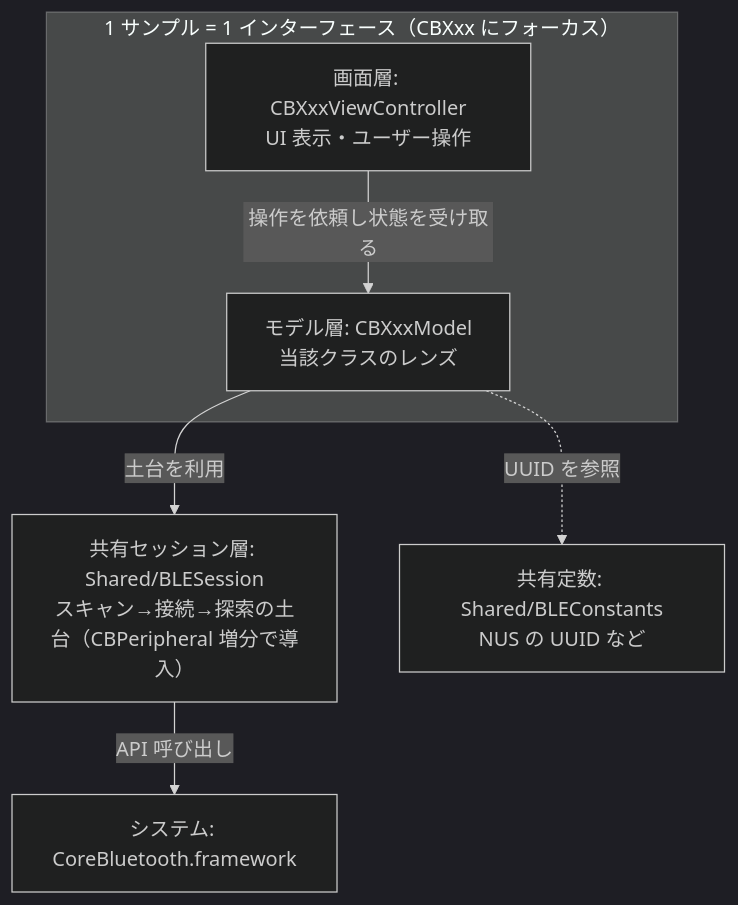
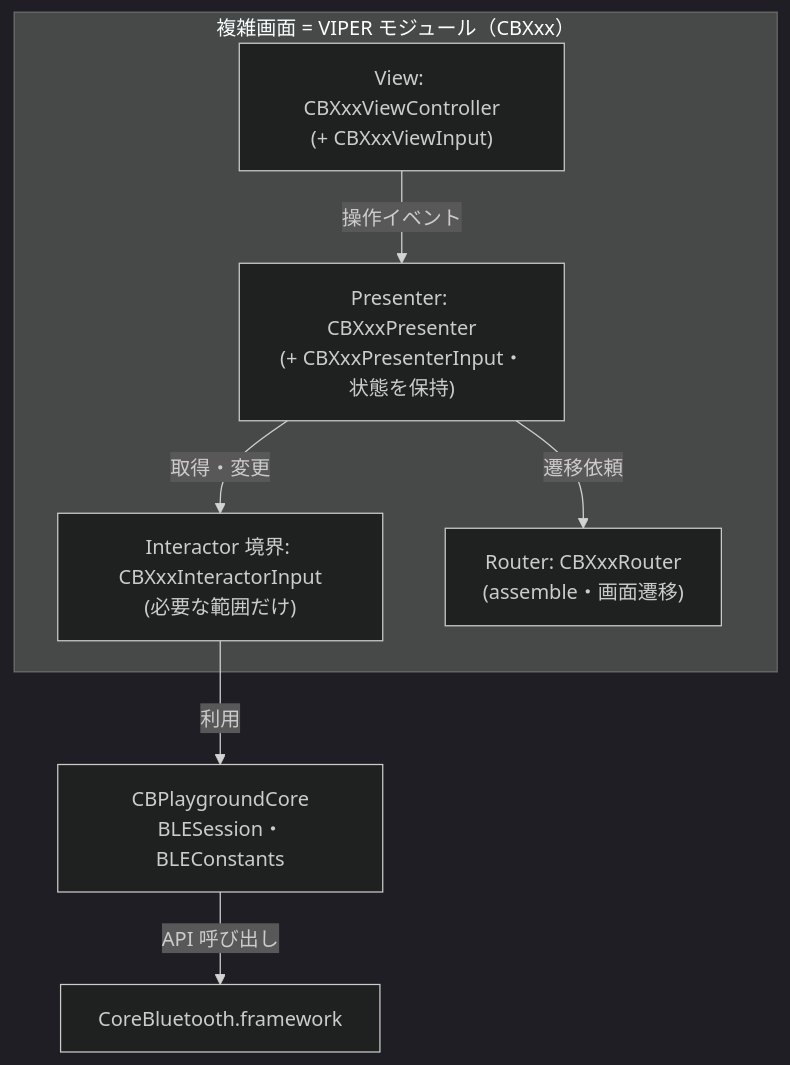
The third of 10 diagrams in docs/IMPLEMENTATION_PLAN.md (kokiTakashiki/CoreBluetoothPlayground), drawn with Mermaid (dark theme) before and after one commit. The commit also changed other lines of this file and 18 other files, not shown here.

````diff
--- a/docs/IMPLEMENTATION_PLAN.md
+++ b/docs/IMPLEMENTATION_PLAN.md
@@ -81,14 +79,14 @@
 ```mermaid
 graph TD
-    subgraph "1 サンプル = 1 インターフェース（CBXxx にフォーカス）"
-        V["画面層: CBXxxViewController<br/>UI 表示・ユーザー操作"]
-        M["モデル層: CBXxxModel<br/>当該クラスのレンズ"]
-        V -->|"操作を依頼し状態を受け取る"| M
+    subgraph "複雑画面 = VIPER モジュール（CBXxx）"
+        V["View: CBXxxViewController<br/>(+ CBXxxViewInput)"]
+        P["Presenter: CBXxxPresenter<br/>(+ CBXxxPresenterInput・状態を保持)"]
+        I["Interactor 境界: CBXxxInteractorInput<br/>(必要な範囲だけ)"]
+        R["Router: CBXxxRouter<br/>(assemble・画面遷移)"]
+        V -->|"操作イベント"| P
+        P -->|"取得・変更"| I
+        P -->|"遷移依頼"| R
     end
-    SESS["共有セッション層: Shared/BLESession<br/>スキャン→接続→探索の土台（CBPeripheral 増分で導入）"]
-    SH2["共有定数: Shared/BLEConstants<br/>NUS の UUID など"]
-    CB["システム: CoreBluetooth.framework"]
-    M -->|"土台を利用"| SESS
-    SESS -->|"API 呼び出し"| CB
-    M -.->|"UUID を参照"| SH2
+    I -->|"利用"| CORE2["CBPlaygroundCore<br/>BLESession・BLEConstants"]
+    CORE2 -->|"API 呼び出し"| CB["CoreBluetooth.framework"]
 ```
````
